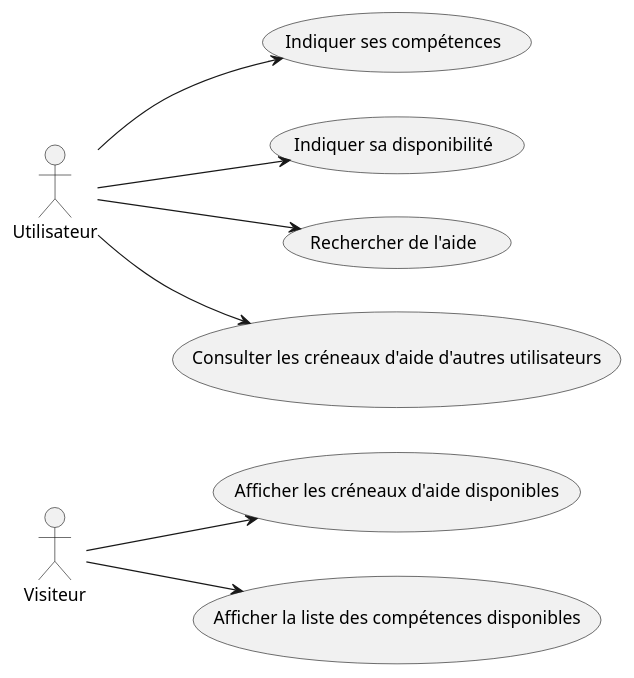
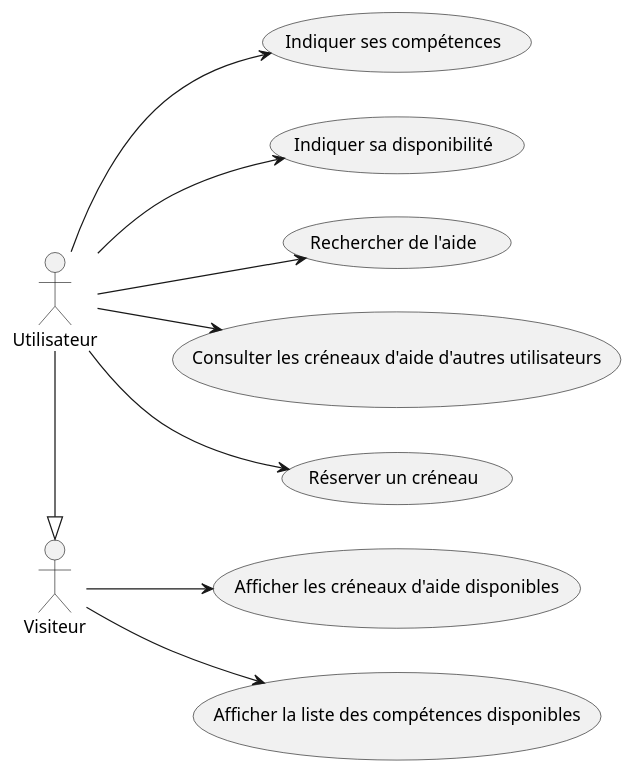
The diagram in docs/usecases.puml (ayl001/Eval_2), drawn with PlantUML before and after one commit. The commit also changed 16 other files, not shown here.

```diff
--- a/docs/usecases.puml
+++ b/docs/usecases.puml
@@ -1,22 +1,25 @@
 @startuml
 left to right direction
 actor "Visiteur" as Visiteur
 actor "Utilisateur" as Utilisateur
 
 usecase "Afficher les créneaux d'aide disponibles" as U1
 usecase "Afficher la liste des compétences disponibles" as U2
 
 usecase "Indiquer ses compétences" as U3
 usecase "Indiquer sa disponibilité" as U4
 usecase "Rechercher de l'aide" as U5
 usecase "Consulter les créneaux d'aide d'autres utilisateurs" as U6
+usecase "Réserver un créneau" as U7
 
 Visiteur --> U1
 Visiteur --> U2
 
 Utilisateur --> U3
 Utilisateur --> U4
 Utilisateur --> U5
 Utilisateur --> U6
+Utilisateur --> U7
 
+Utilisateur -|> Visiteur
 @enduml
```
